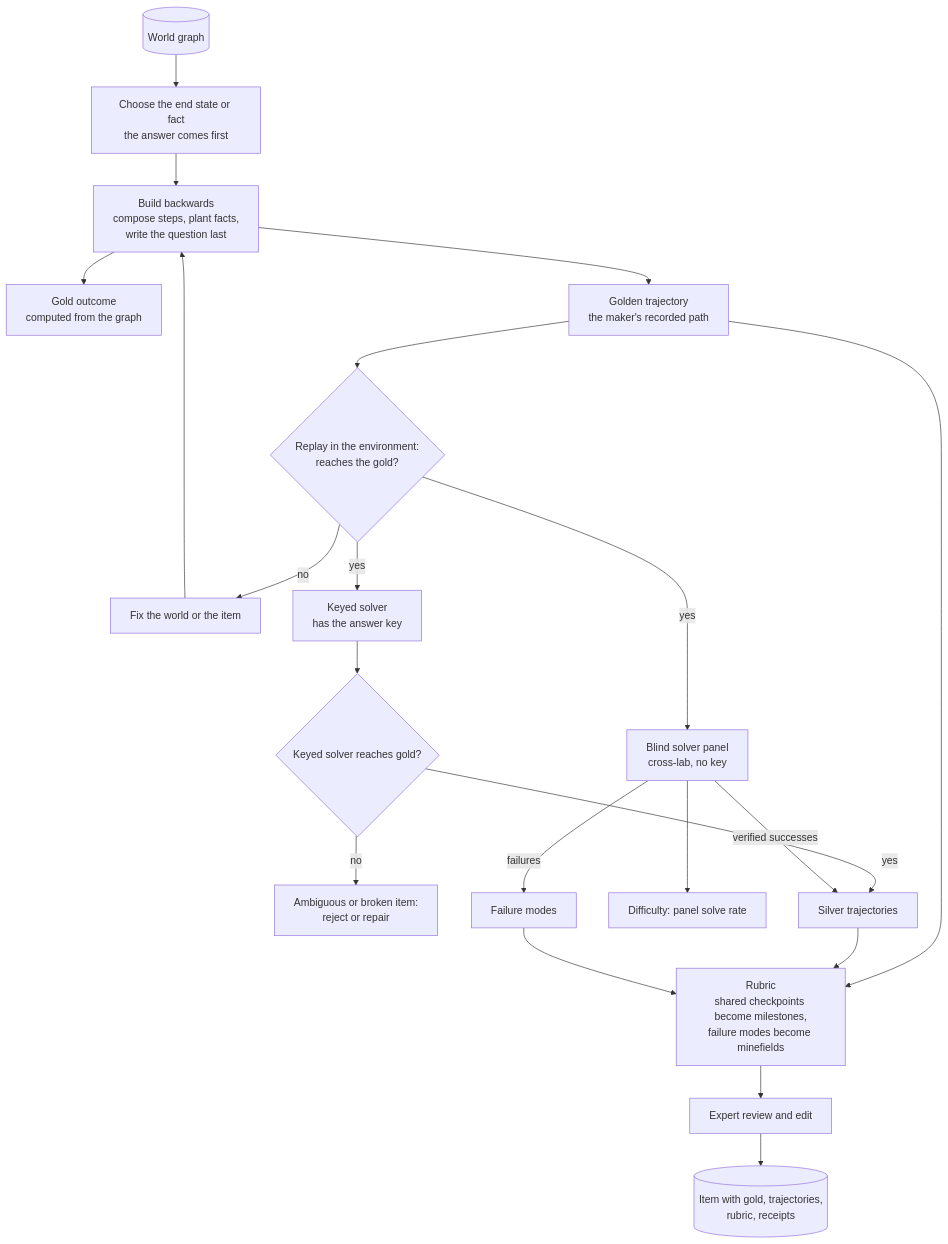
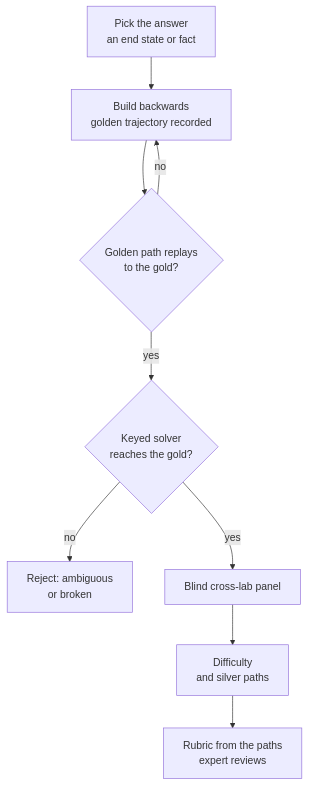
Before and after one commit to nbdesai1992/orbifex: the seventh of 10 diagrams in README.md, drawn with Mermaid. The commit also changed other lines of this file and 6 other files, not shown here.

````diff
--- a/README.md
+++ b/README.md
@@ -345,21 +314,11 @@
 ```mermaid
 flowchart TD
-  W[("World graph")] --> END["Choose the end state or fact<br/>the answer comes first"]
-  END --> BK["Build backwards<br/>compose steps, plant facts,<br/>write the question last"]
-  BK --> GO["Gold outcome<br/>computed from the graph"]
-  BK --> GT["Golden trajectory<br/>the maker's recorded path"]
-  GT --> RP{"Replay in the environment:<br/>reaches the gold?"}
-  RP -- no --> FIX["Fix the world or the item"] --> BK
-  RP -- yes --> KS["Keyed solver<br/>has the answer key"]
-  RP -- yes --> BS["Blind solver panel<br/>cross-lab, no key"]
-  KS --> KCHK{"Keyed solver reaches gold?"}
-  KCHK -- no --> AMB["Ambiguous or broken item:<br/>reject or repair"]
-  KCHK -- yes --> SIL["Silver trajectories"]
-  BS --> DIFF["Difficulty: panel solve rate"]
-  BS -- "verified successes" --> SIL
-  BS -- failures --> FM["Failure modes"]
-  GT & SIL --> RUB["Rubric<br/>shared checkpoints become milestones,<br/>failure modes become minefields"]
-  FM --> RUB
-  RUB --> HR["Expert review and edit"]
-  HR --> DONE[("Item with gold, trajectories,<br/>rubric, receipts")]
+  A["Pick the answer<br/>an end state or fact"] --> B["Build backwards<br/>golden trajectory recorded"]
+  B --> C{"Golden path replays<br/>to the gold?"}
+  C -- no --> B
+  C -- yes --> K{"Keyed solver<br/>reaches the gold?"}
+  K -- no --> X["Reject: ambiguous<br/>or broken"]
+  K -- yes --> P["Blind cross-lab panel"]
+  P --> D["Difficulty<br/>and silver paths"]
+  D --> R["Rubric from the paths<br/>expert reviews"]
 ```
````
